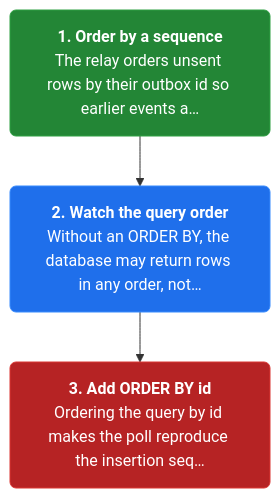
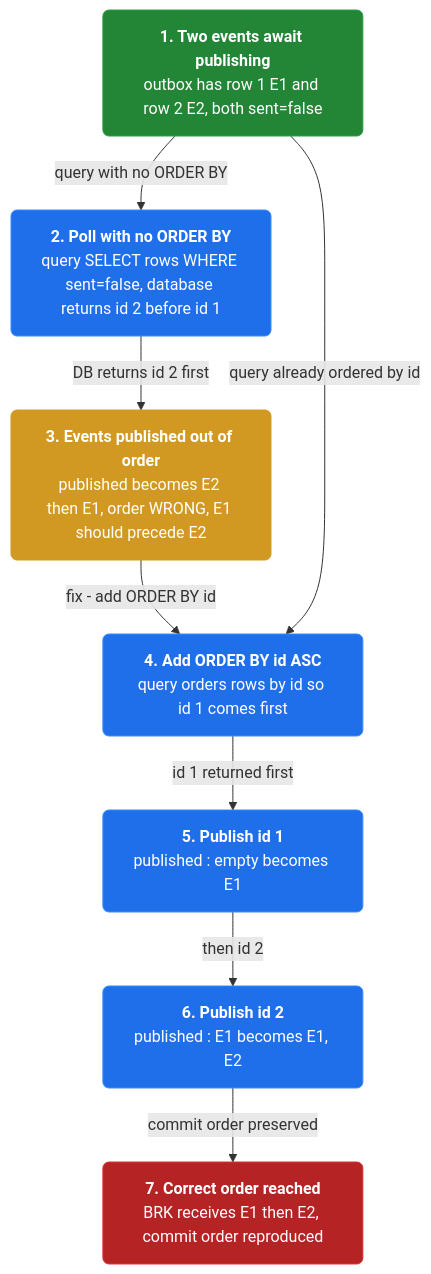
The second of 3 diagrams in docs/ch12-polling-publisher.md (vinayakuber/microservices-io-study-guide), drawn with Mermaid before and after one commit. The commit also changed other lines of this file and 46 other files, not shown here.

First line of the commit message:
Author rich branching flow diagrams for all 44 chapters

````diff
--- a/docs/ch12-polling-publisher.md
+++ b/docs/ch12-polling-publisher.md
@@ -51,11 +65,22 @@
 ```mermaid
 flowchart TD
-  classDef step fill:#1f6feb,color:#ffffff,stroke:#388bfd,stroke-width:1px,rx:6
+  classDef step fill:#1f6feb,color:#ffffff,stroke:#388bfd,rx:6
+  classDef core fill:#8250df,color:#ffffff,stroke:#8250df,rx:6
+  classDef warn fill:#d29922,color:#ffffff,stroke:#d29922,rx:6
   classDef start fill:#238636,color:#ffffff,stroke:#2ea043,rx:6
   classDef stop fill:#b62324,color:#ffffff,stroke:#da3633,rx:6
-  s1n0["<b>1. Order by a sequence</b><br/>The relay orders unsent rows by their outbox id so earlier events a…"]:::start
-  s1n1["<b>2. Watch the query order</b><br/>Without an ORDER BY, the database may return rows in any order, not…"]:::step
-  s1n2["<b>3. Add ORDER BY id</b><br/>Ordering the query by id makes the poll reproduce the insertion seq…"]:::stop
-  s1n0 --> s1n1
-  s1n1 --> s1n2
+  n0["<b>1. Two events await publishing</b><br/>outbox has row 1 E1 and row 2 E2, both sent=false"]:::start
+  n1["<b>2. Poll with no ORDER BY</b><br/>query SELECT rows WHERE sent=false, database returns id 2 before id 1"]:::step
+  n2["<b>3. Events published out of order</b><br/>published becomes E2 then E1, order WRONG, E1 should precede E2"]:::warn
+  n3["<b>4. Add ORDER BY id ASC</b><br/>query orders rows by id so id 1 comes first"]:::step
+  n4["<b>5. Publish id 1</b><br/>published : empty becomes E1"]:::step
+  n5["<b>6. Publish id 2</b><br/>published : E1 becomes E1, E2"]:::step
+  n6["<b>7. Correct order reached</b><br/>BRK receives E1 then E2, commit order reproduced"]:::stop
+  n0 -->|"query with no ORDER BY"| n1
+  n1 -->|"DB returns id 2 first"| n2
+  n2 -->|"fix - add ORDER BY id"| n3
+  n0 -->|"query already ordered by id"| n3
+  n3 -->|"id 1 returned first"| n4
+  n4 -->|"then id 2"| n5
+  n5 -->|"commit order preserved"| n6
 ```
````
